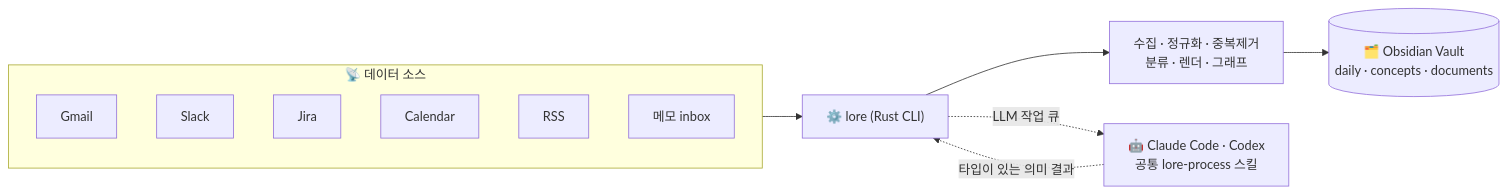
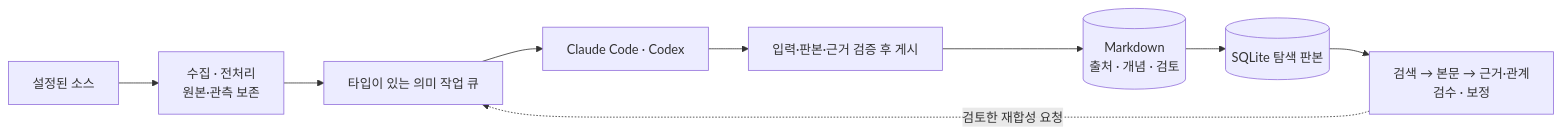
One commit to junyeong-ai/lorekeeper changed the first of 3 diagrams in README.md. Above: the diagram before and after it, drawn with Mermaid. The commit also changed other lines of this file and 2 other files, not shown here.

````diff
--- a/README.md
+++ b/README.md
@@ -36,17 +36,11 @@
 ```mermaid
 flowchart LR
-    subgraph SRC["📡 데이터 소스"]
-        direction TB
-        G["Gmail"]
-        S["Slack"]
-        J["Jira"]
-        C["Calendar"]
-        R["RSS"]
-        M["메모 inbox"]
-    end
-    SRC --> L["⚙️ lore (Rust CLI)"]
-    L --> P["수집 · 정규화 · 중복제거<br/>분류 · 렌더 · 그래프"]
-    P --> V[("🗂️ Obsidian Vault<br/>daily · concepts · documents")]
-    L -. "LLM 작업 큐" .-> CC["🤖 Claude Code · Codex<br/>공통 lore-process 스킬"]
-    CC -. "타입이 있는 의미 결과" .-> L
+    S["설정된 소스"] --> C["수집 · 전처리<br/>원본·관측 보존"]
+    C --> Q["타입이 있는 의미 작업 큐"]
+    Q --> A["Claude Code · Codex"]
+    A --> P["입력·판본·근거 검증 후 게시"]
+    P --> V[("Markdown<br/>출처 · 개념 · 검토")]
+    V --> N[("SQLite 탐색 판본")]
+    N --> R["검색 → 본문 → 근거·관계<br/>검수 · 보정"]
+    R -. "검토한 재합성 요청" .-> Q
 ```
````
